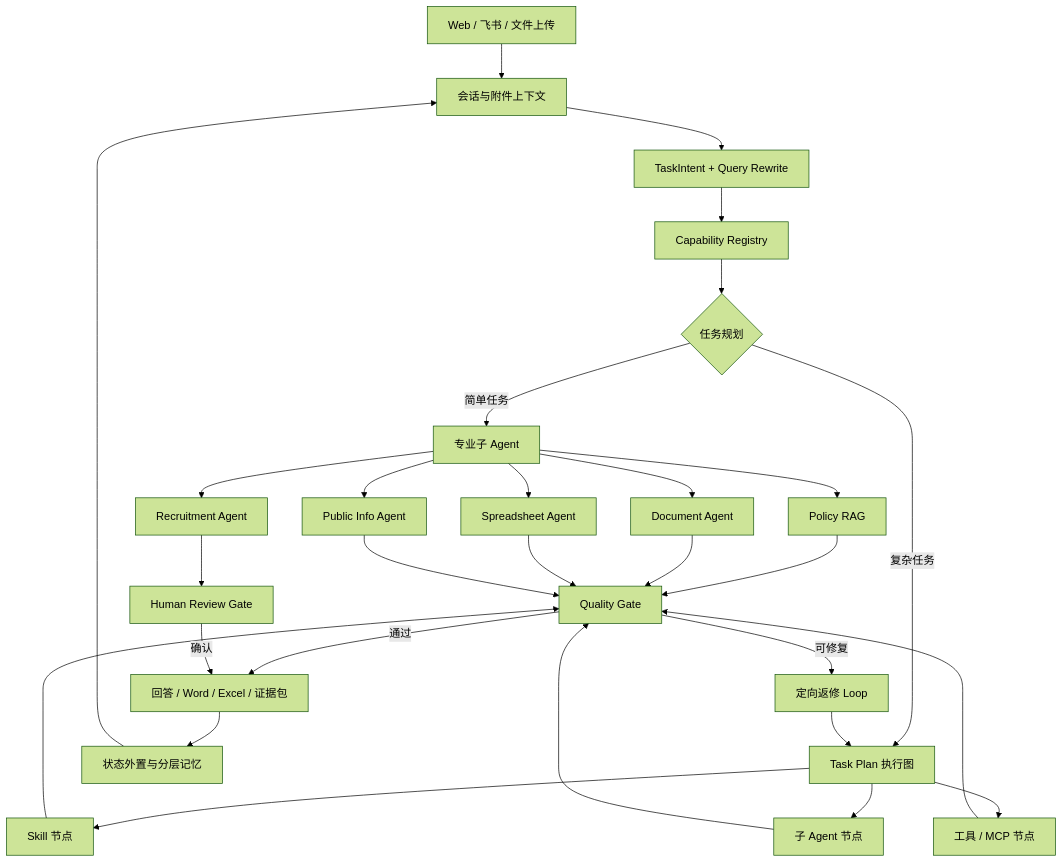
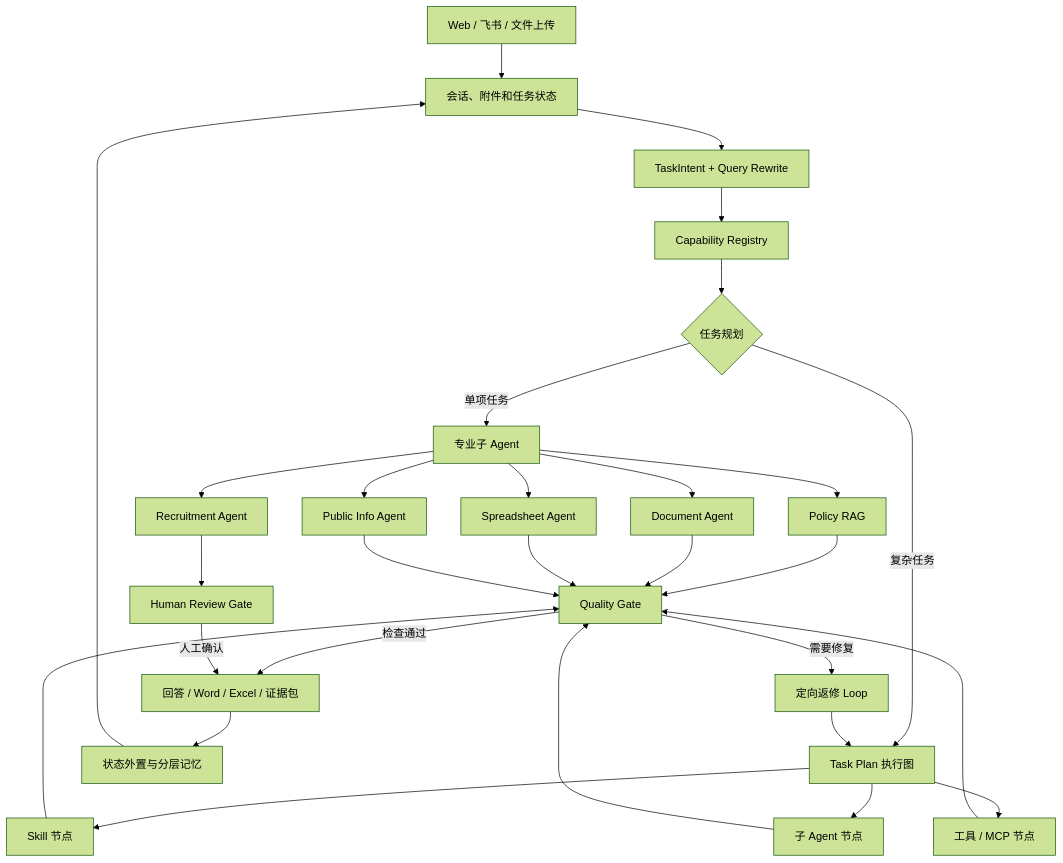
Before and after one commit to DominicHongliDing/UniHR-AgentOS: the first of 2 diagrams in README.md, drawn with Mermaid (forest theme). The commit also changed other lines of this file, not shown here.

````diff
--- a/README.md
+++ b/README.md
@@ -121,36 +72,36 @@
 ```mermaid
 flowchart TD
-    U[Web / 飞书 / 文件上传] --> C[会话与附件上下文]
+    U[Web / 飞书 / 文件上传] --> C[会话、附件和任务状态]
     C --> R[TaskIntent + Query Rewrite]
     R --> CR[Capability Registry]
     CR --> P{任务规划}
 
-    P -->|简单任务| A1[专业子 Agent]
+    P -->|单项任务| A1[专业子 Agent]
     P -->|复杂任务| G[Task Plan 执行图]
     G --> S1[Skill 节点]
     G --> S2[子 Agent 节点]
     G --> T[工具 / MCP 节点]
 
     A1 --> PR[Policy RAG]
     A1 --> DOC[Document Agent]
     A1 --> XLS[Spreadsheet Agent]
     A1 --> REC[Recruitment Agent]
     A1 --> WEB[Public Info Agent]
 
     PR --> Q[Quality Gate]
     DOC --> Q
     XLS --> Q
     REC --> H[Human Review Gate]
     WEB --> Q
     S1 --> Q
     S2 --> Q
     T --> Q
 
-    Q -->|可修复| LOOP[定向返修 Loop]
+    Q -->|需要修复| LOOP[定向返修 Loop]
     LOOP --> G
-    Q -->|通过| ART[回答 / Word / Excel / 证据包]
-    H -->|确认| ART
+    Q -->|检查通过| ART[回答 / Word / Excel / 证据包]
+    H -->|人工确认| ART
 
     ART --> M[状态外置与分层记忆]
     M --> C
 ```
````
